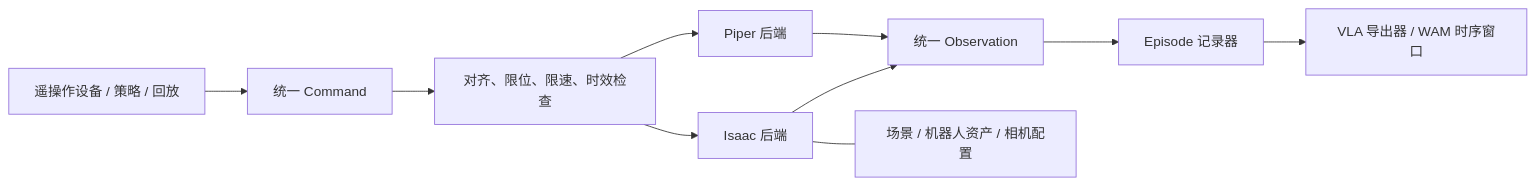
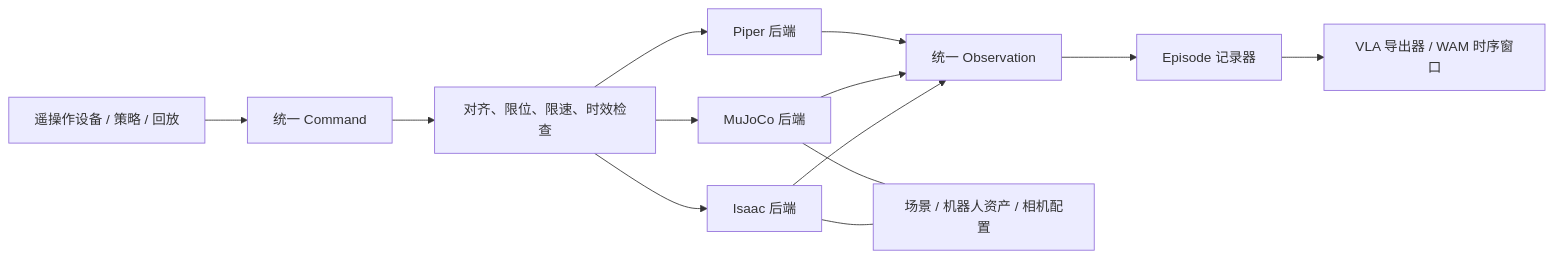
One commit to appaletrees/piper_sim changed the diagram in README.md. Above: the diagram before and after it, drawn with Mermaid. The commit also changed other lines of this file and 137 other files, not shown here.

````diff
--- a/README.md
+++ b/README.md
@@ -94,12 +113,15 @@
 ```mermaid
 flowchart LR
   T[遥操作设备 / 策略 / 回放] --> C[统一 Command]
   C --> G[对齐、限位、限速、时效检查]
   G --> S[Isaac 后端]
+  G --> M[MuJoCo 后端]
   G --> R[Piper 后端]
   S --> O[统一 Observation]
+  M --> O
   R --> O
   O --> D[Episode 记录器]
   D --> E[VLA 导出器 / WAM 时序窗口]
   S --- A[场景 / 机器人资产 / 相机配置]
+  M --- A
 ```
````
